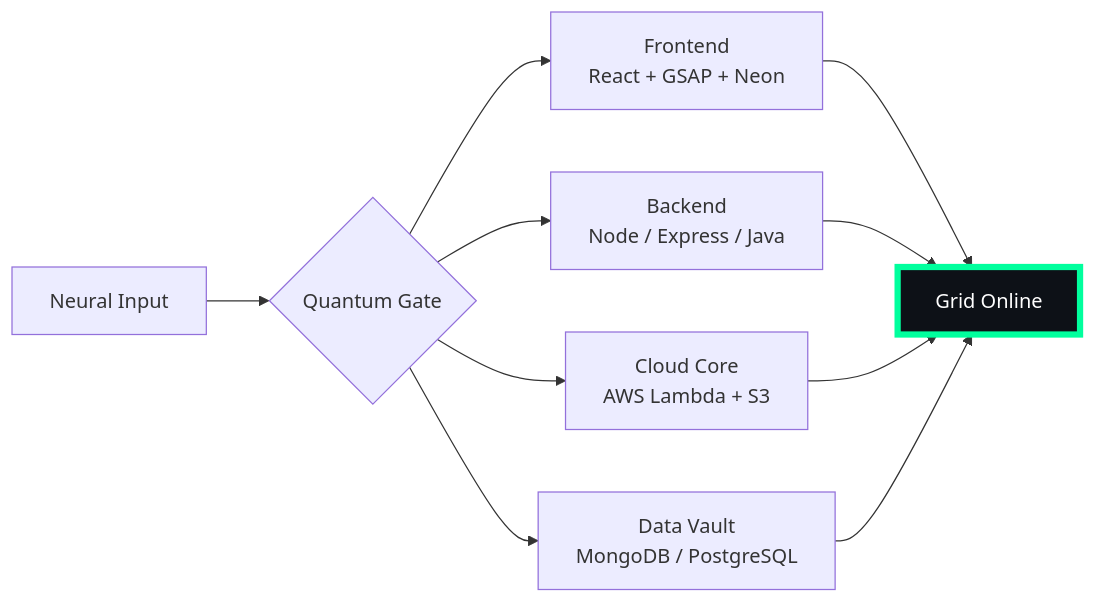
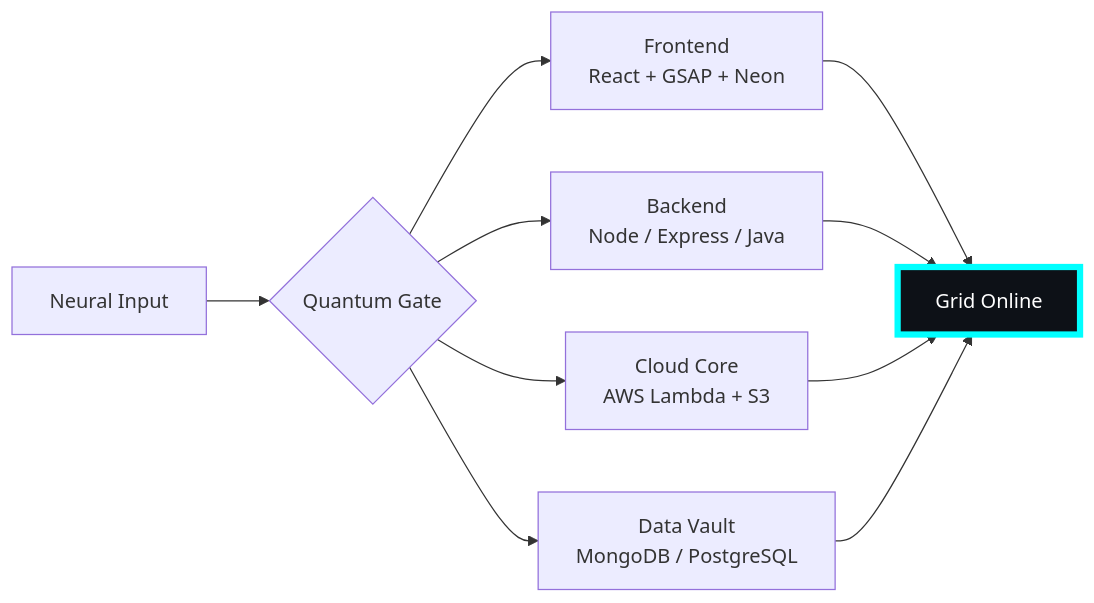
Before and after one commit to pendemvamsi/pendemvamsi: the diagram in README.md, drawn with Mermaid. The commit also changed other lines of this file and 1 other file, not shown here.

````diff
--- a/README.md
+++ b/README.md
@@ -32,10 +32,10 @@
 ```mermaid
 flowchart LR
     U[Neural Input] --> G{Quantum Gate}
     G --> F[Frontend<br>React + GSAP + Neon]
     G --> B[Backend<br>Node / Express / Java]
     G --> C[Cloud Core<br>AWS Lambda + S3]
     G --> D[Data Vault<br>MongoDB / PostgreSQL]
     F & B & C & D --> O[Grid Online]
-    style O fill:#0d1117,stroke:#00FF9D,stroke-width:5px,color:#fff
+    style O fill:#0d1117,stroke:#00FFFF,stroke-width:5px,color:#fff
 ```
````
